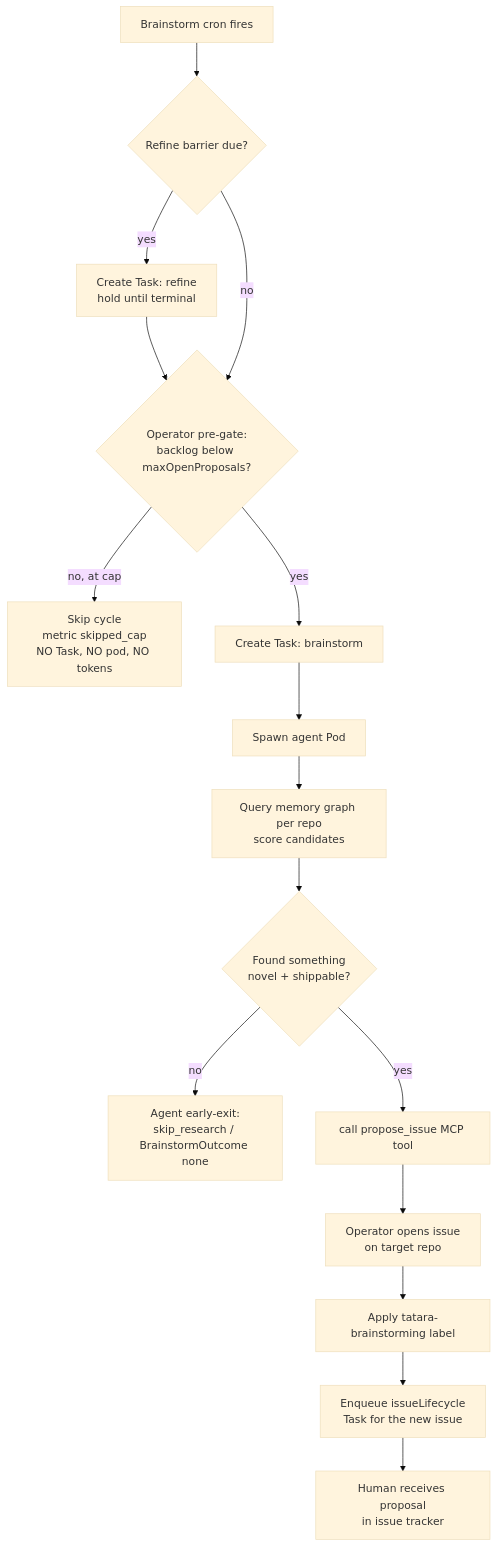
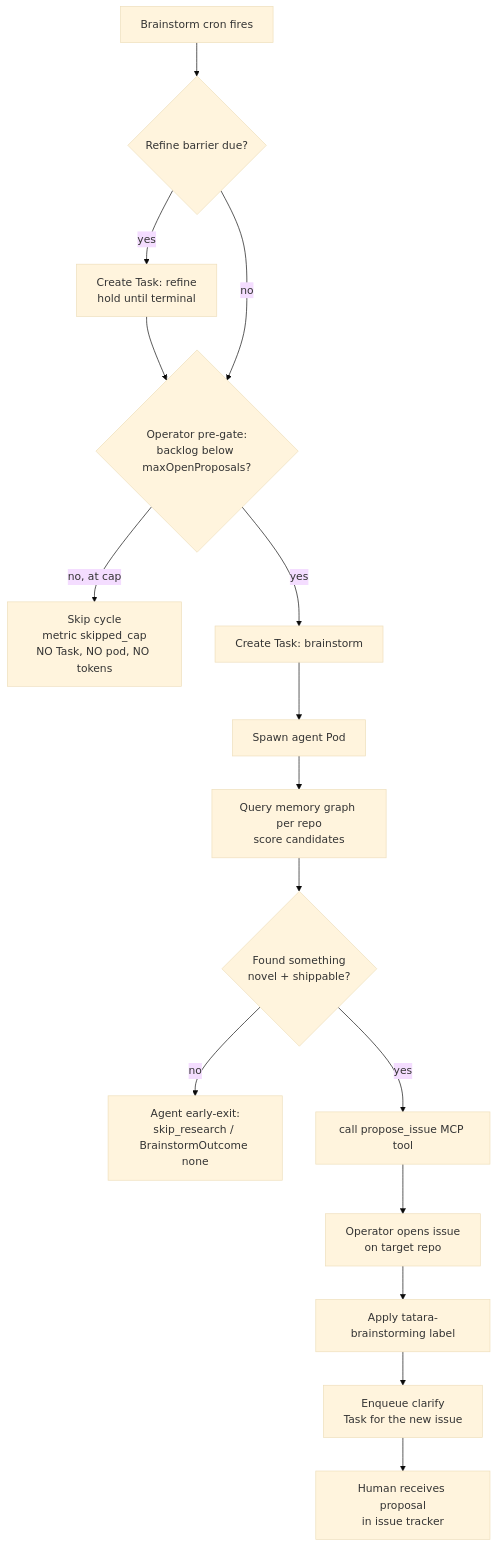
Before and after one commit to szymonrychu/tatara-documentation: the first of 2 diagrams in docs/workflows/brainstorm.md, drawn with Mermaid (base theme). The commit also changed other lines of this file and 39 other files, not shown here.

````diff
--- a/docs/workflows/brainstorm.md
+++ b/docs/workflows/brainstorm.md
@@ -16,18 +16,18 @@
 ```mermaid
 flowchart TD
     A[Brainstorm cron fires] --> B{Refine barrier due?}
     B -->|yes| RB[Create Task: refine\nhold until terminal]
     RB --> G
     B -->|no| G{Operator pre-gate:\nbacklog below maxOpenProposals?}
     G -->|no, at cap| SKIP[Skip cycle\nmetric skipped_cap\nNO Task, NO pod, NO tokens]
     G -->|yes| C[Create Task: brainstorm]
     C --> D[Spawn agent Pod]
     D --> E[Query memory graph per repo\nscore candidates]
     E --> F{Found something\nnovel + shippable?}
     F -->|no| NONE[Agent early-exit:\nskip_research / BrainstormOutcome none]
     F -->|yes| H[call propose_issue MCP tool]
     H --> J[Operator opens issue\non target repo]
     J --> K[Apply tatara-brainstorming label]
-    K --> L[Enqueue issueLifecycle\nTask for the new issue]
+    K --> L[Enqueue clarify\nTask for the new issue]
     L --> M[Human receives proposal\nin issue tracker]
 ```
````
